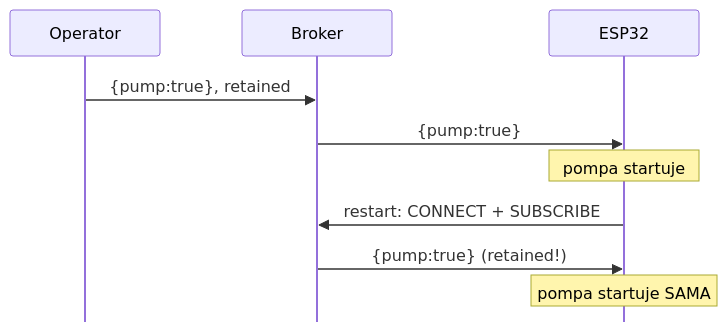
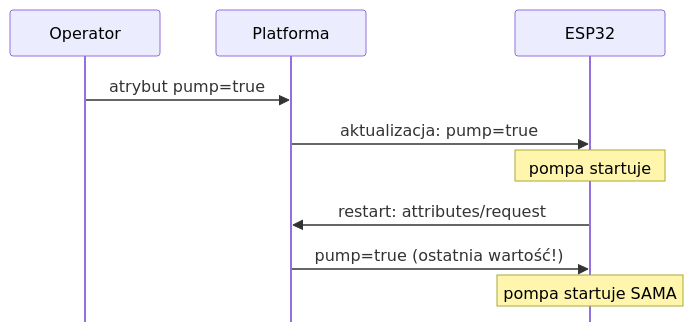
The first of 5 diagrams in slides/04-mqtt-i-kontrakt-danych.qmd (moondec/iot_lectures), drawn with Mermaid before and after one commit. The commit also changed other lines of this file and 1 other file, not shown here.

````diff
--- a/slides/04-mqtt-i-kontrakt-danych.qmd
+++ b/slides/04-mqtt-i-kontrakt-danych.qmd
@@ -172,15 +173,15 @@
 ```{mermaid}
 %%| fig-width: 6.8
-%%| fig-height: 3.1
+%%| fig-height: 3.4
 %%{init: {"sequence": {"mirrorActors": false, "actorMargin": 30, "width": 150, "height": 46, "boxMargin": 6, "noteMargin": 6, "messageMargin": 22, "diagramMarginX": 10, "diagramMarginY": 6, "actorFontFamily": "Arial, Liberation Sans, Helvetica, sans-serif", "messageFontFamily": "Arial, Liberation Sans, Helvetica, sans-serif", "noteFontFamily": "Arial, Liberation Sans, Helvetica, sans-serif"}, "themeVariables": {"fontFamily": "Arial, Liberation Sans, Helvetica, sans-serif"}}}%%
 sequenceDiagram
     participant O as Operator
-    participant B as Broker
+    participant P as Platforma
     participant D as ESP32
-    O->>B: {pump:true}, retained
-    B->>D: {pump:true}
+    O->>P: atrybut pump=true
+    P->>D: aktualizacja: pump=true
     Note over D: pompa startuje
-    D->>B: restart: CONNECT + SUBSCRIBE
-    B->>D: {pump:true} (retained!)
+    D->>P: restart: attributes/request
+    P->>D: pump=true (ostatnia wartość!)
     Note over D: pompa startuje SAMA
 ```
````
